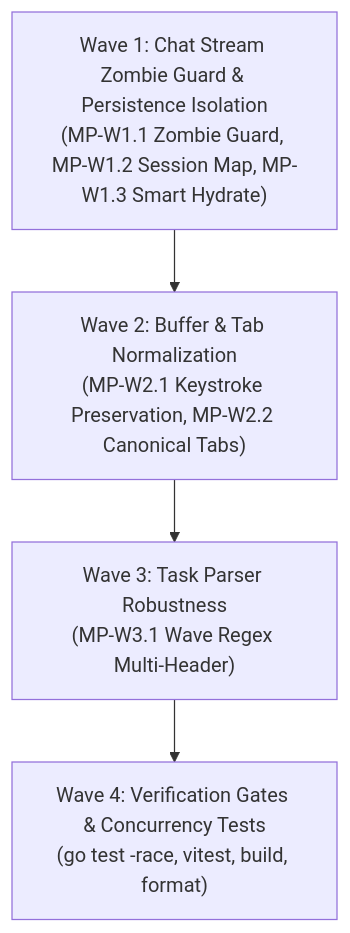
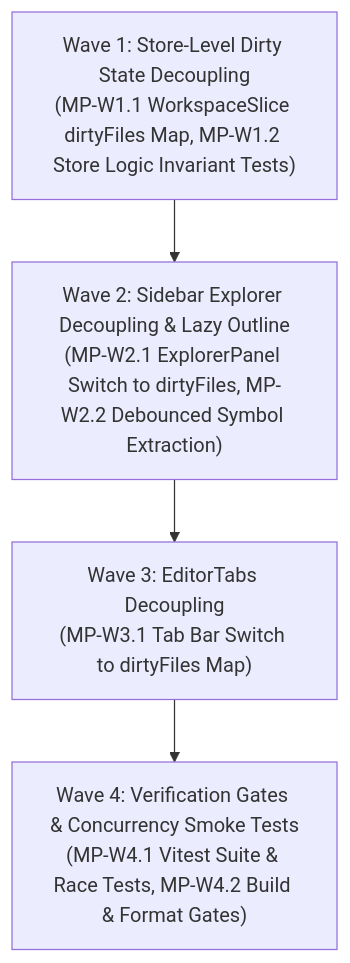
One commit to aditlab-code/AegisCode changed the diagram in task/0-Table-Phase.md. Above: the diagram before and after it, drawn with Mermaid. The commit also changed other lines of this file and 17 other files, not shown here.

First line of the commit message:
refactor(editor): decouple dirty buffer state and modernize layout hierarchy

````diff
--- a/task/0-Table-Phase.md
+++ b/task/0-Table-Phase.md
@@ -14,6 +12,6 @@
 ```mermaid
 flowchart TD
-    W1["Wave 1: Chat Stream Zombie Guard & Persistence Isolation<br/>(MP-W1.1 Zombie Guard, MP-W1.2 Session Map, MP-W1.3 Smart Hydrate)"] --> W2["Wave 2: Buffer & Tab Normalization<br/>(MP-W2.1 Keystroke Preservation, MP-W2.2 Canonical Tabs)"]
-    W2 --> W3["Wave 3: Task Parser Robustness<br/>(MP-W3.1 Wave Regex Multi-Header)"]
-    W3 --> W4["Wave 4: Verification Gates & Concurrency Tests<br/>(go test -race, vitest, build, format)"]
+    W1["Wave 1: Store-Level Dirty State Decoupling<br/>(MP-W1.1 WorkspaceSlice dirtyFiles Map, MP-W1.2 Store Logic Invariant Tests)"] --> W2["Wave 2: Sidebar Explorer Decoupling & Lazy Outline<br/>(MP-W2.1 ExplorerPanel Switch to dirtyFiles, MP-W2.2 Debounced Symbol Extraction)"]
+    W2 --> W3["Wave 3: EditorTabs Decoupling<br/>(MP-W3.1 Tab Bar Switch to dirtyFiles Map)"]
+    W3 --> W4["Wave 4: Verification Gates & Concurrency Smoke Tests<br/>(MP-W4.1 Vitest Suite & Race Tests, MP-W4.2 Build & Format Gates)"]
 ```
````
